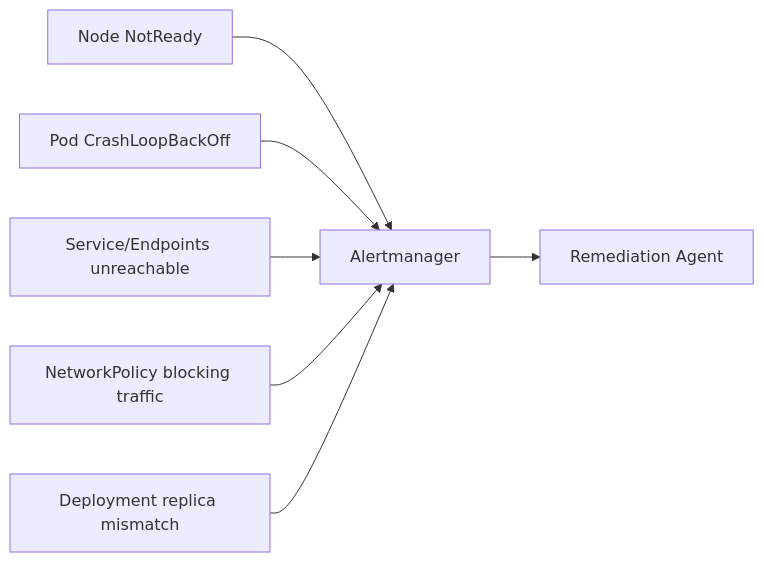
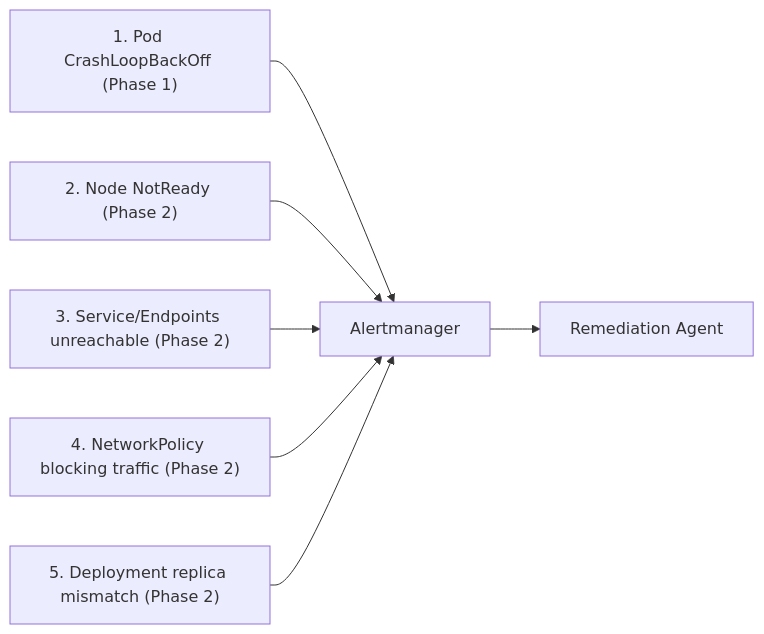
One commit to pushpesh-pant-ness/capstart changed the third of 3 diagrams in diagram.md. Above: the diagram before and after it, drawn with Mermaid. The commit also changed other lines of this file and 2 other files, not shown here.

Commit message:
ok do it

````diff
--- a/diagram.md
+++ b/diagram.md
@@ -90,9 +92,9 @@
 ```mermaid
 flowchart LR
-    A1["Node NotReady"] --> AM["Alertmanager"]
-    A2["Pod CrashLoopBackOff"] --> AM
-    A3["Service/Endpoints unreachable"] --> AM
-    A4["NetworkPolicy blocking traffic"] --> AM
-    A5["Deployment replica mismatch"] --> AM
+    A1["1. Pod CrashLoopBackOff (Phase 1)"] --> AM["Alertmanager"]
+    A2["2. Node NotReady (Phase 2)"] --> AM
+    A3["3. Service/Endpoints unreachable (Phase 2)"] --> AM
+    A4["4. NetworkPolicy blocking traffic (Phase 2)"] --> AM
+    A5["5. Deployment replica mismatch (Phase 2)"] --> AM
     AM --> Agent["Remediation Agent"]
 ```
````
